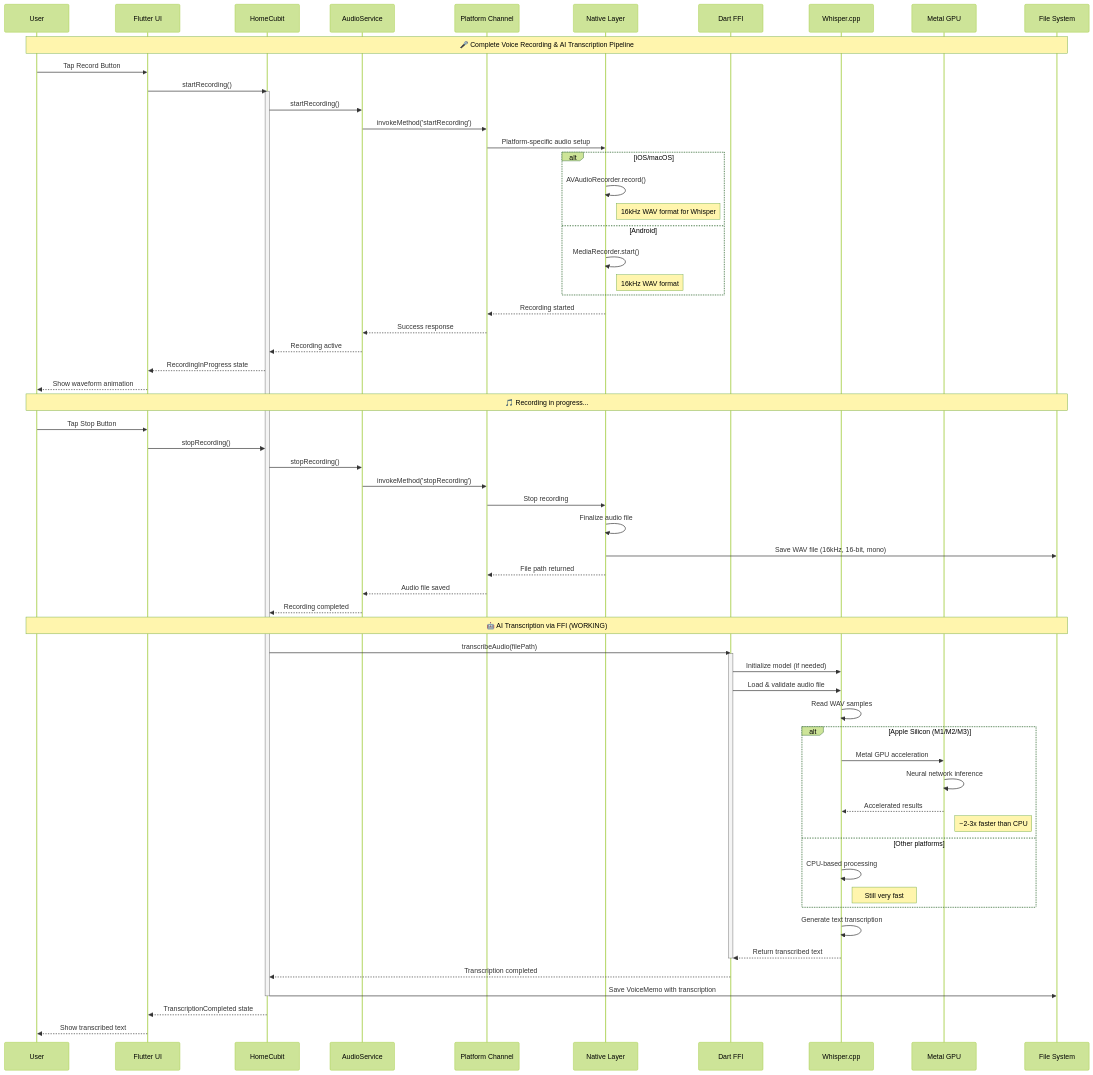
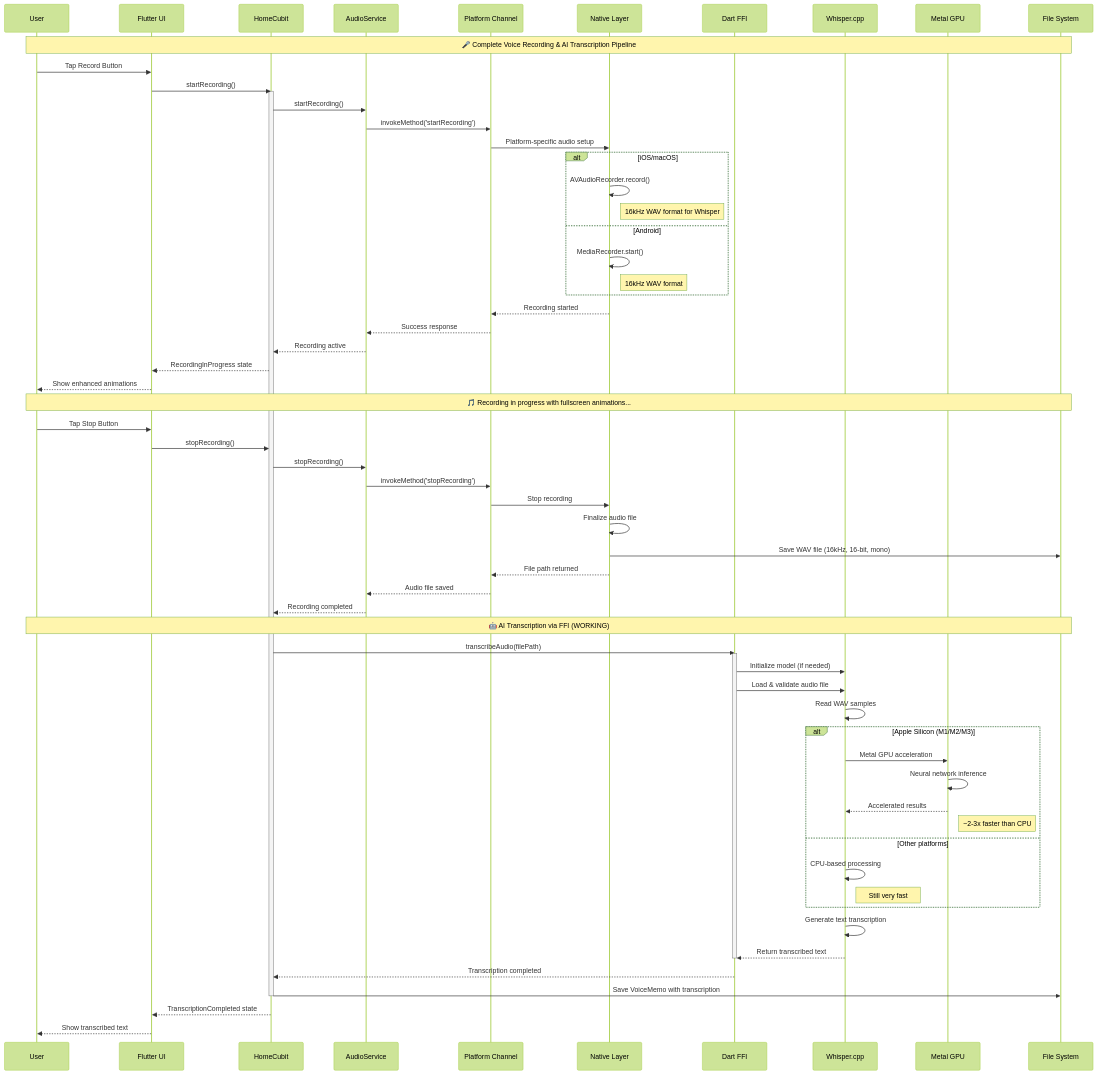
Before and after one commit to esrakadah/flutter_voice_bridge: the fourth of 4 diagrams in README.md, drawn with Mermaid (forest theme). The commit also changed other lines of this file and 9 other files, not shown here.

````diff
--- a/README.md
+++ b/README.md
@@ -133,79 +303,79 @@
 ```mermaid
 sequenceDiagram
     participant User
     participant UI as Flutter UI
     participant Cubit as HomeCubit
     participant AudioSvc as AudioService
     participant PC as Platform Channel
     participant Native as Native Layer
     participant FFI as Dart FFI
     participant Whisper as Whisper.cpp
     participant GPU as Metal GPU
     participant FS as File System
     
     Note over User,FS: 🎤 Complete Voice Recording & AI Transcription Pipeline
     
     User->>UI: Tap Record Button
     UI->>Cubit: startRecording()
     
     activate Cubit
     Cubit->>AudioSvc: startRecording()
     AudioSvc->>PC: invokeMethod('startRecording')
     
     PC->>Native: Platform-specific audio setup
     alt iOS/macOS
         Native->>Native: AVAudioRecorder.record()
         Note right of Native: 16kHz WAV format for Whisper
     else Android
         Native->>Native: MediaRecorder.start()
         Note right of Native: 16kHz WAV format
     end
     
     Native-->>PC: Recording started
     PC-->>AudioSvc: Success response
     AudioSvc-->>Cubit: Recording active
     Cubit-->>UI: RecordingInProgress state
-    UI-->>User: Show waveform animation
+    UI-->>User: Show enhanced animations
     
-    Note over User,FS: 🎵 Recording in progress...
+    Note over User,FS: 🎵 Recording in progress with fullscreen animations...
     
     User->>UI: Tap Stop Button
     UI->>Cubit: stopRecording()
     Cubit->>AudioSvc: stopRecording()
     AudioSvc->>PC: invokeMethod('stopRecording')
     
     PC->>Native: Stop recording
     Native->>Native: Finalize audio file
     Native->>FS: Save WAV file (16kHz, 16-bit, mono)
     Native-->>PC: File path returned
     PC-->>AudioSvc: Audio file saved
     AudioSvc-->>Cubit: Recording completed
     
     Note over User,FS: 🤖 AI Transcription via FFI (WORKING)
     
     Cubit->>FFI: transcribeAudio(filePath)
     activate FFI
     FFI->>Whisper: Initialize model (if needed)
     FFI->>Whisper: Load & validate audio file
     Whisper->>Whisper: Read WAV samples
     
     alt Apple Silicon (M1/M2/M3)
         Whisper->>GPU: Metal GPU acceleration
         GPU->>GPU: Neural network inference
         GPU-->>Whisper: Accelerated results
         Note right of GPU: ~2-3x faster than CPU
     else Other platforms
         Whisper->>Whisper: CPU-based processing
         Note right of Whisper: Still very fast
     end
     
     Whisper->>Whisper: Generate text transcription
     Whisper-->>FFI: Return transcribed text
     deactivate FFI
     FFI-->>Cubit: Transcription completed
     
     Cubit->>FS: Save VoiceMemo with transcription
     deactivate Cubit
     Cubit-->>UI: TranscriptionCompleted state
     UI-->>User: Show transcribed text
 ```
````
